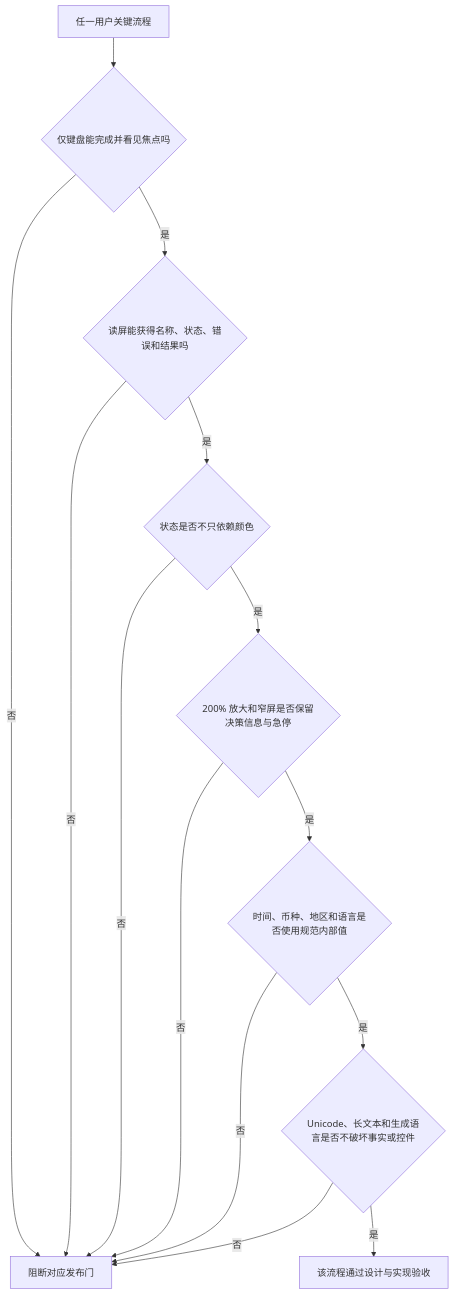
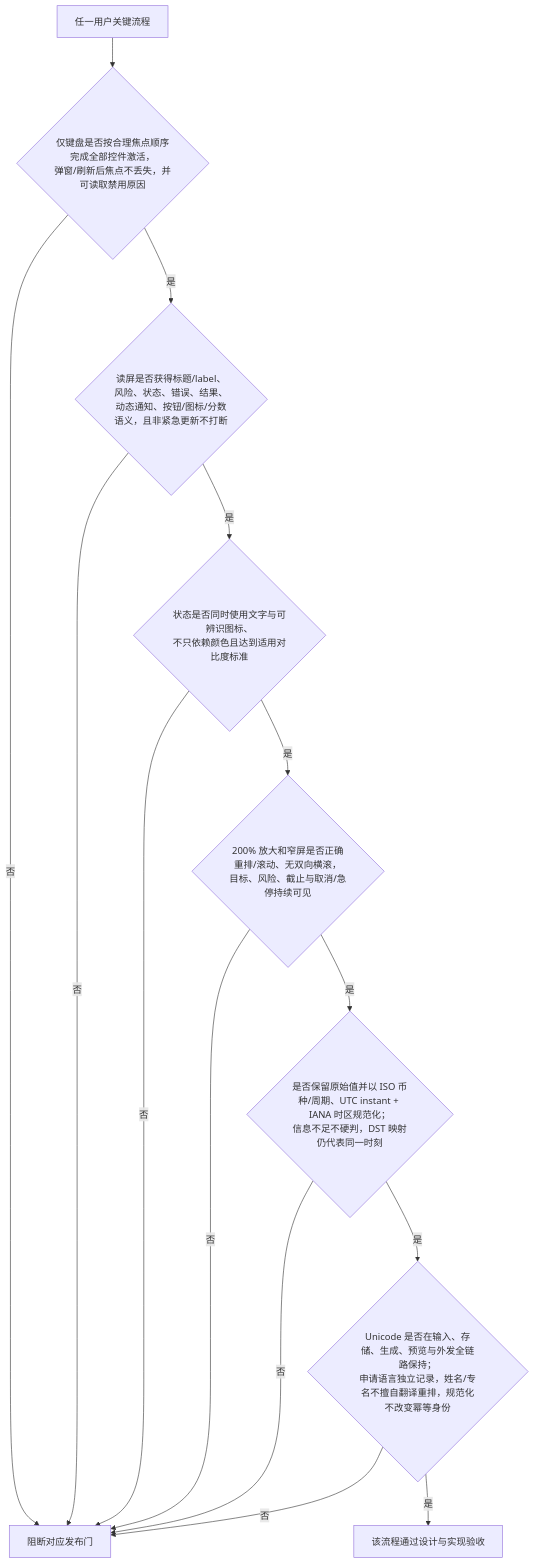
Before and after one commit to AnnCYW-cm/rolefox: diagram 21 of 21 in docs/product/uml/04-activity-flows.md, drawn with Mermaid. The commit also changed other lines of this file and 22 other files, not shown here.

Commit message:
docs: accept v0.1 product and UML baseline

````diff
--- a/docs/product/uml/04-activity-flows.md
+++ b/docs/product/uml/04-activity-flows.md
@@ -730,23 +873,23 @@
 ```mermaid
 flowchart TB
     %% @anchor A11Y_LOCALE_GATE
     %% @anchor KEYBOARD
     %% @anchor READER
     %% @anchor VISUAL
     %% @anchor ZOOM
     %% @anchor LOCALE
     %% @anchor UNICODE
-    Flow[任一用户关键流程] --> Keyboard{仅键盘能完成并看见焦点吗}
+    Flow[任一用户关键流程] --> Keyboard{仅键盘是否按合理焦点顺序完成全部控件激活，<br/>弹窗/刷新后焦点不丢失，并可读取禁用原因}
     Keyboard -->|否| Block[阻断对应发布门]
-    Keyboard -->|是| Reader{读屏能获得名称、状态、错误和结果吗}
+    Keyboard -->|是| Reader{读屏是否获得标题/label、风险、状态、错误、结果、<br/>动态通知、按钮/图标/分数语义，且非紧急更新不打断}
     Reader -->|否| Block
-    Reader -->|是| Visual{状态是否不只依赖颜色}
+    Reader -->|是| Visual{状态是否同时使用文字与可辨识图标、<br/>不只依赖颜色且达到适用对比度标准}
     Visual -->|否| Block
-    Visual -->|是| Zoom{200% 放大和窄屏是否保留决策信息与急停}
+    Visual -->|是| Zoom{200% 放大和窄屏是否正确重排/滚动、无双向横滚，<br/>目标、风险、截止与取消/急停持续可见}
     Zoom -->|否| Block
-    Zoom -->|是| Locale{时间、币种、地区和语言是否使用规范内部值}
+    Zoom -->|是| Locale{是否保留原始值并以 ISO 币种/周期、UTC instant + IANA 时区规范化；<br/>信息不足不硬判，DST 映射仍代表同一时刻}
     Locale -->|否| Block
-    Locale -->|是| Unicode{Unicode、长文本和生成语言是否不破坏事实或控件}
+    Locale -->|是| Unicode{Unicode 是否在输入、存储、生成、预览与外发全链路保持；<br/>申请语言独立记录，姓名/专名不擅自翻译重排，规范化不改变幂等身份}
     Unicode -->|否| Block
     Unicode -->|是| Pass[该流程通过设计与实现验收]
 ```
````
